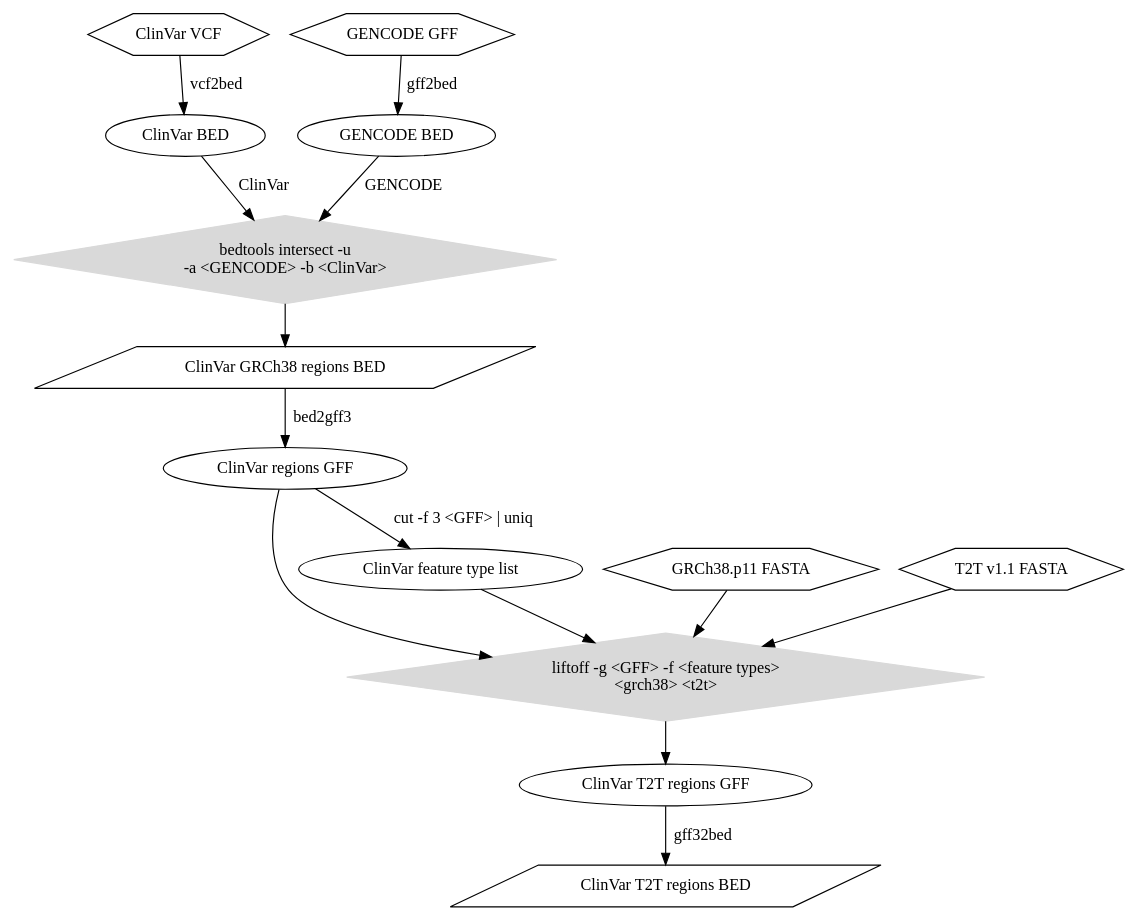
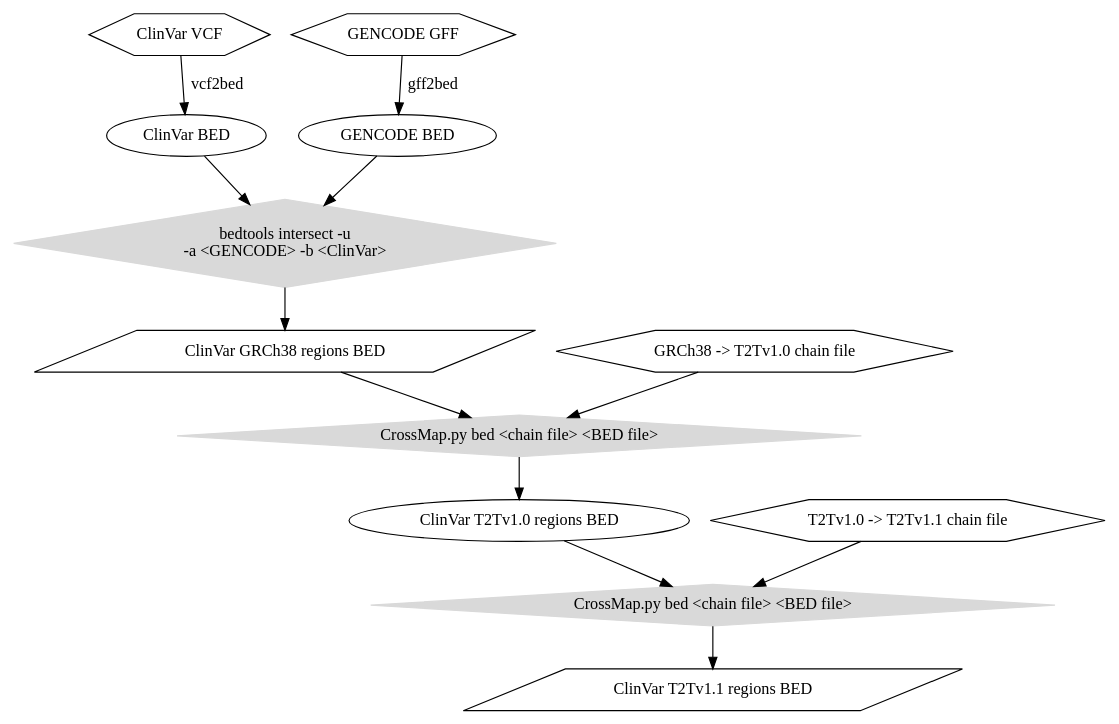
Before and after one commit to nebiolabs/low_bismap_methyl_calls: the diagram in methylation workflow clinvar.dot, drawn with Graphviz. The commit also changed 2 other files, not shown here.

Commit message:
Removed references to "Liftoff" from figure, updated lift-over workflow in figure.

```diff
--- a/methylation workflow clinvar.dot
+++ b/methylation workflow clinvar.dot
@@ -1,44 +1,42 @@
 digraph workflow {
 
 
 	"ClinVar VCF" [shape=hexagon];
 
-	"GRCh38.p11 FASTA" [shape=hexagon];
+	"GRCh38 -> T2Tv1.0 chain file" [shape=hexagon];
 
-	"T2T v1.1 FASTA" [shape=hexagon];
+	"T2Tv1.0 -> T2Tv1.1 chain file" [shape=hexagon];
 
 	"GENCODE GFF" [shape=hexagon];	
 
 	"ClinVar VCF" -> "ClinVar BED" [label="vcf2bed"];
 	"GENCODE GFF" -> "GENCODE BED" [label="gff2bed"];
 
 	"ClinVar GRCh38 regions BED" [shape=parallelogram];
 
-	"ClinVar T2T regions BED" [shape=parallelogram];
+	"ClinVar T2Tv1.1 regions BED" [shape=parallelogram];
 
-	"Liftoff" [shape=diamond,  color=gray85, style=filled, label="liftoff -g <GFF> -f <feature types> \n<grch38> <t2t>"];
+	"CrossMap1" [shape=diamond,  color=gray85, style=filled, label="CrossMap.py bed <chain file> <BED file>"];
+
+	"CrossMap2" [shape=diamond,  color=gray85, style=filled, label="CrossMap.py bed <chain file> <BED file>"];
+
+	"GRCh38 -> T2Tv1.0 chain file" -> "CrossMap1";
 
 	"bedtools intersect -u" -> "ClinVar GRCh38 regions BED";
 	"bedtools intersect -u" [shape=diamond,  color=gray85, style=filled, label="bedtools intersect -u \n-a <GENCODE> -b <ClinVar>"];
-	"GENCODE BED" -> "bedtools intersect -u" [label="GENCODE"]; 
-	"ClinVar BED" -> "bedtools intersect -u" [label="ClinVar"]; 
+	"GENCODE BED" -> "bedtools intersect -u"; 
+	"ClinVar BED" -> "bedtools intersect -u"; 
 
-	"ClinVar GRCh38 regions BED" -> "ClinVar regions GFF" [label="bed2gff3"];
+	"ClinVar GRCh38 regions BED" -> "CrossMap1";
 
-	"ClinVar regions GFF" -> "Liftoff";
+	"CrossMap1" -> "ClinVar T2Tv1.0 regions BED";
 
-	"GRCh38.p11 FASTA" -> "Liftoff";
+	"ClinVar T2Tv1.0 regions BED" -> "CrossMap2";
 
-	"T2T v1.1 FASTA" -> "Liftoff";
+	"T2Tv1.0 -> T2Tv1.1 chain file" -> "CrossMap2";
 
-	"ClinVar regions GFF" -> "ClinVar feature type list" [label="cut -f 3 <GFF> | uniq"];
-
-	"ClinVar feature type list" -> "Liftoff";
-
-	"Liftoff" -> "ClinVar T2T regions GFF";
-
-	"ClinVar T2T regions GFF" -> "ClinVar T2T regions BED" [label="gff32bed"];
+	"CrossMap2" -> "ClinVar T2Tv1.1 regions BED";
 
 
 	
  }
```
